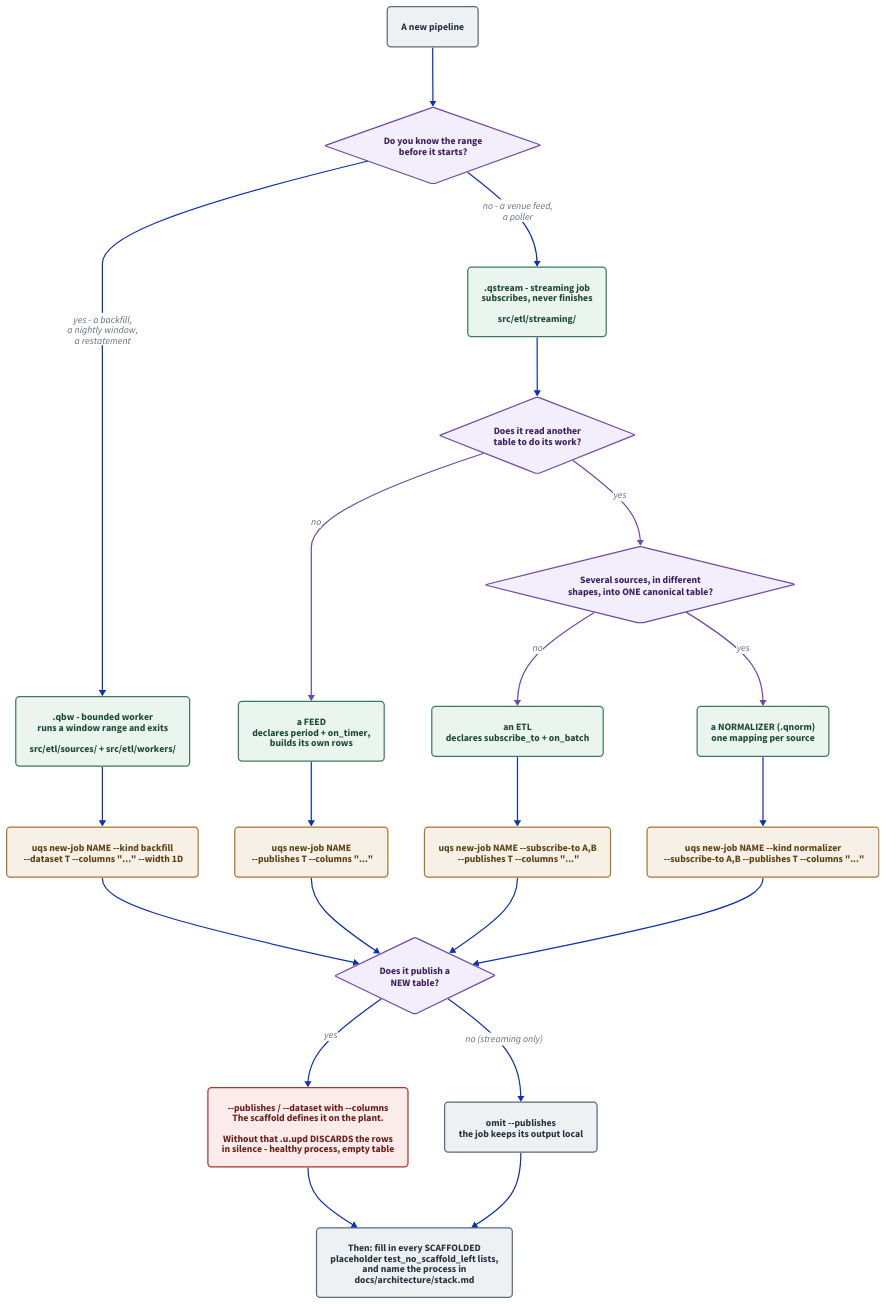
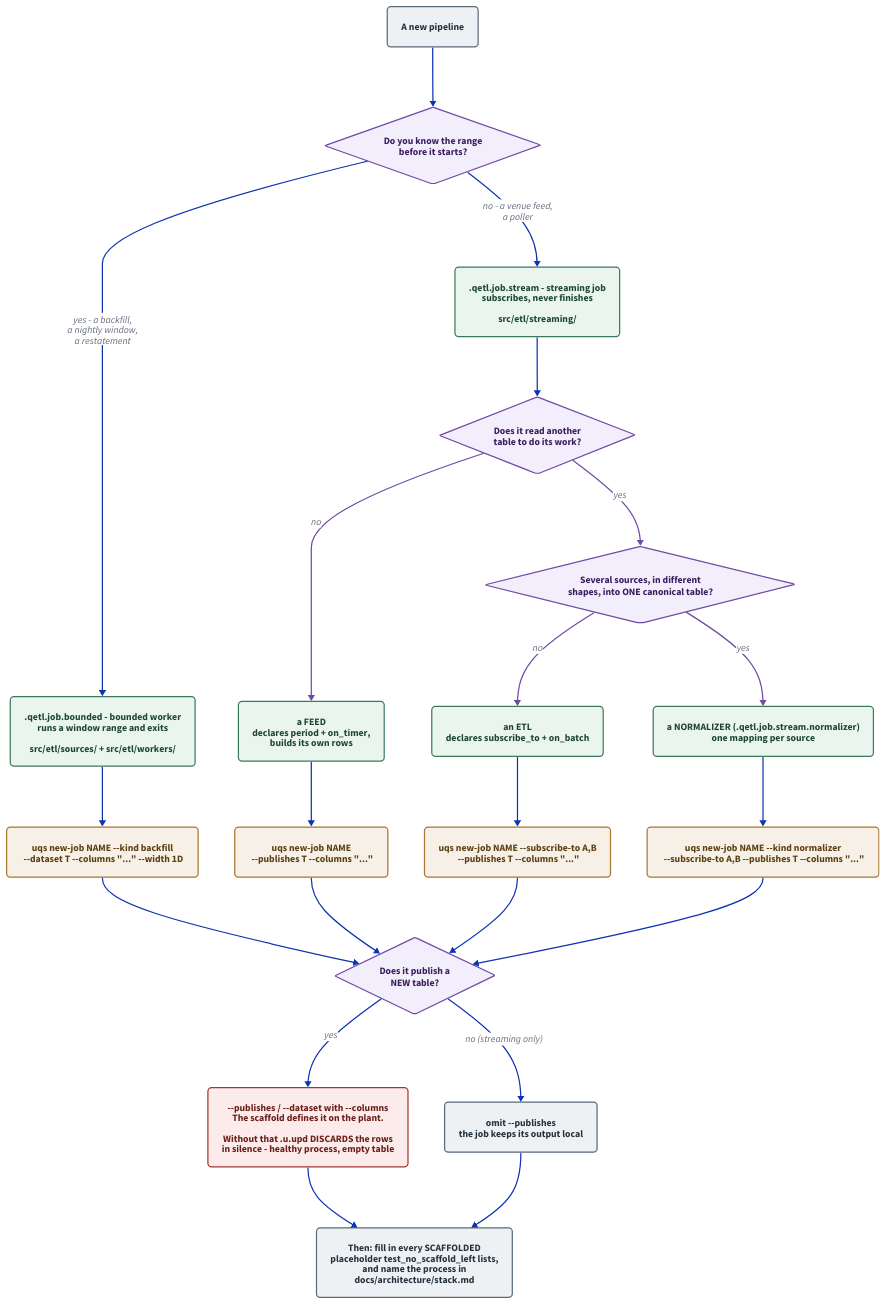
Before and after one commit to kwojdalski/uqf: the diagram in docs/diagrams/pipeline-decision.d2, drawn with D2. The commit also changed 234 other files, not shown here.

```diff
--- a/docs/diagrams/pipeline-decision.d2
+++ b/docs/diagrams/pipeline-decision.d2
@@ -1,126 +1,126 @@
 # pipeline-decision.d2 - which pipeline shape to build, and the command that
 # scaffolds it.
 #
 # Rendered by scripts/generate/render_diagrams.py, which CI runs with
 # --check. Embedded from docs/guides/new-pipeline.md.
 #
 # THE DECISION THIS DRAWS is the first one, and the guide says it is "the only
 # structural mistake here that is expensive to undo": bounded or continuous.
 # Everything after it is a flag on one command. That asymmetry is the point of
 # the drawing - a reader who expects a long decision tree should be able to see
 # in one glance that there are four questions, not thirty, and that only the
 # first one is hard to change later.
 #
 # The kinds are DERIVED, not asked for: a streaming job that subscribes to
 # nothing is a feed, one that subscribes is an etl. scaffold/jobs.py comments
 # that there is no third answer the caller could give which the edges do not
 # already imply. A NORMALIZER is the one kind named outright (--kind
 # normalizer): its edges look like an etl's, and what differs is its purpose -
 # several differently-shaped tables in, one canonical shape out - so the diagram shows `--subscribe-to` deciding it rather than a
 # `--kind feed` that does not exist.
 #
 # What is deliberately NOT here: the transform, the check, the io manager and
 # the partition. Those are declarations you write inside the file the scaffold
 # gives you, not choices about which file to make, and putting them on a
 # decision tree would say they are alternatives when they are ingredients.
 
 direction: down
 
 vars: {
   d2-config: {
     pad: 40
   }
 }
 
 classes: {
   question: {
     shape: diamond
     style: {
       fill: "#f3eefb"
       stroke: "#6f4aa5"
       font-color: "#3a1e5f"
     }
   }
   shell: {
     style: {
       fill: "#eaf5ef"
       stroke: "#3d7a5a"
       font-color: "#1d4733"
       border-radius: 6
     }
   }
   command: {
     style: {
       fill: "#f6f0e6"
       stroke: "#a8762f"
       font-color: "#5c3f13"
       border-radius: 6
     }
   }
   outcome: {
     style: {
       fill: "#eef1f4"
       stroke: "#5a6a78"
       font-color: "#25323d"
       border-radius: 6
     }
   }
   warn: {
     style: {
       fill: "#fbeceb"
       stroke: "#a8342c"
       font-color: "#6b1e18"
       border-radius: 6
     }
   }
 }
 
 start: "A new pipeline" { class: outcome }
 
 q1: "Do you know the range\nbefore it starts?" { class: question }
 
-bounded: ".qbw - bounded worker\nruns a window range and exits\n\nsrc/etl/sources/ + src/etl/workers/" { class: shell }
-cont: ".qstream - streaming job\nsubscribes, never finishes\n\nsrc/etl/streaming/" { class: shell }
+bounded: ".qetl.job.bounded - bounded worker\nruns a window range and exits\n\nsrc/etl/sources/ + src/etl/workers/" { class: shell }
+cont: ".qetl.job.stream - streaming job\nsubscribes, never finishes\n\nsrc/etl/streaming/" { class: shell }
 
 q2: "Does it read another\ntable to do its work?" { class: question }
 feed: "a FEED\ndeclares period + on_timer,\nbuilds its own rows" { class: shell }
 etl: "an ETL\ndeclares subscribe_to + on_batch" { class: shell }
 q2b: "Several sources, in different\nshapes, into ONE canonical table?" { class: question }
-normalizer: "a NORMALIZER (.qnorm)\none mapping per source" { class: shell }
+normalizer: "a NORMALIZER (.qetl.job.stream.normalizer)\none mapping per source" { class: shell }
 cmd_n: "uqs new-job NAME --kind normalizer\n  --subscribe-to A,B --publishes T --columns \"...\"" { class: command }
 
 cmd_b: "uqs new-job NAME --kind backfill\n  --dataset T --columns \"...\" --width 1D" { class: command }
 cmd_f: "uqs new-job NAME\n  --publishes T --columns \"...\"" { class: command }
 cmd_e: "uqs new-job NAME --subscribe-to A,B\n  --publishes T --columns \"...\"" { class: command }
 
 q3: "Does it publish a\nNEW table?" { class: question }
 newtable: "--publishes / --dataset with --columns\nThe scaffold defines it on the plant.\n\nWithout that .u.upd DISCARDS the rows\nin silence - healthy process, empty table" { class: warn }
 localonly: "omit --publishes\nthe job keeps its output local" { class: outcome }
 
 done: "Then: fill in every SCAFFOLDED\nplaceholder test_no_scaffold_left lists,\nand name the process in\ndocs/architecture/stack.md" { class: outcome }
 
 start -> q1
 q1 -> bounded: "yes - a backfill,\na nightly window,\na restatement"
 q1 -> cont: "no - a venue feed,\na poller"
 
 cont -> q2
 q2 -> feed: "no" { style.stroke: "#6f4aa5" }
 q2 -> q2b: "yes" { style.stroke: "#6f4aa5" }
 q2b -> etl: "no" { style.stroke: "#6f4aa5" }
 q2b -> normalizer: "yes" { style.stroke: "#6f4aa5" }
 
 bounded -> cmd_b
 feed -> cmd_f
 etl -> cmd_e
 normalizer -> cmd_n
 
 cmd_b -> q3
 cmd_f -> q3
 cmd_e -> q3
 cmd_n -> q3
 
 q3 -> newtable: "yes"
 q3 -> localonly: "no (streaming only)"
 
 newtable -> done
 localonly -> done
```
